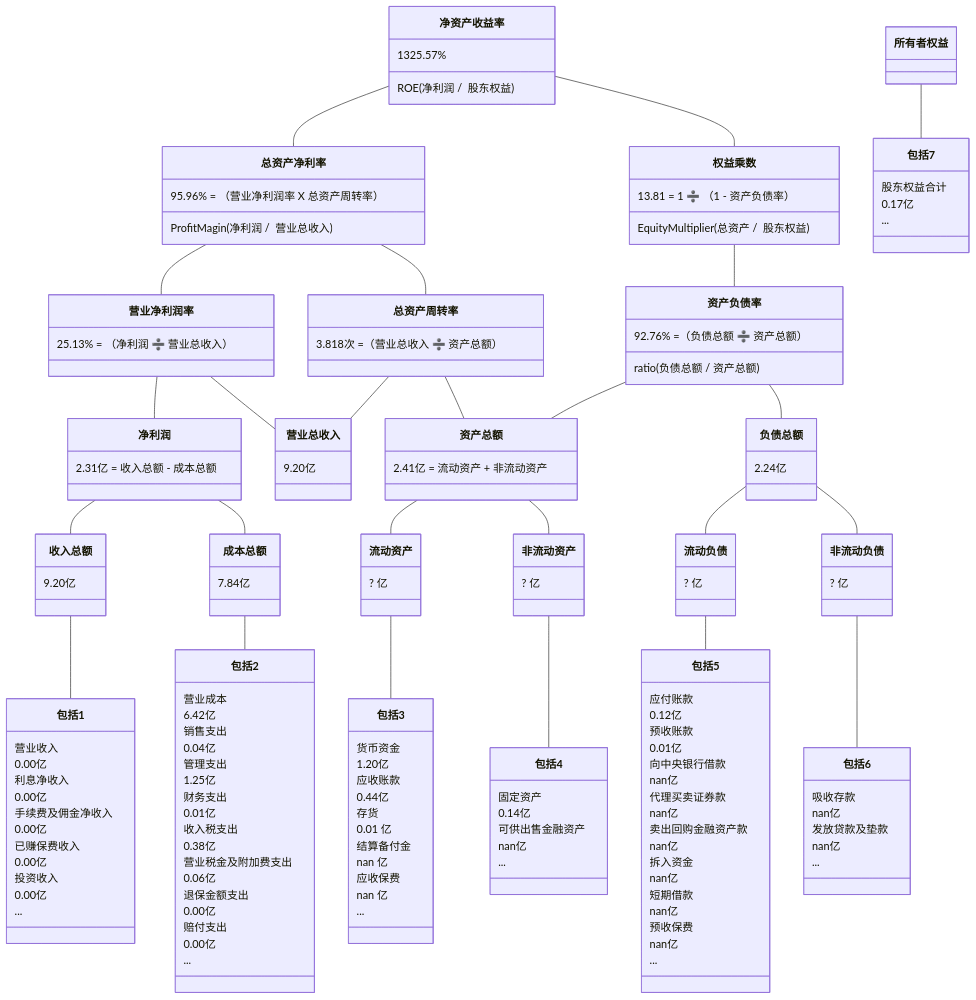
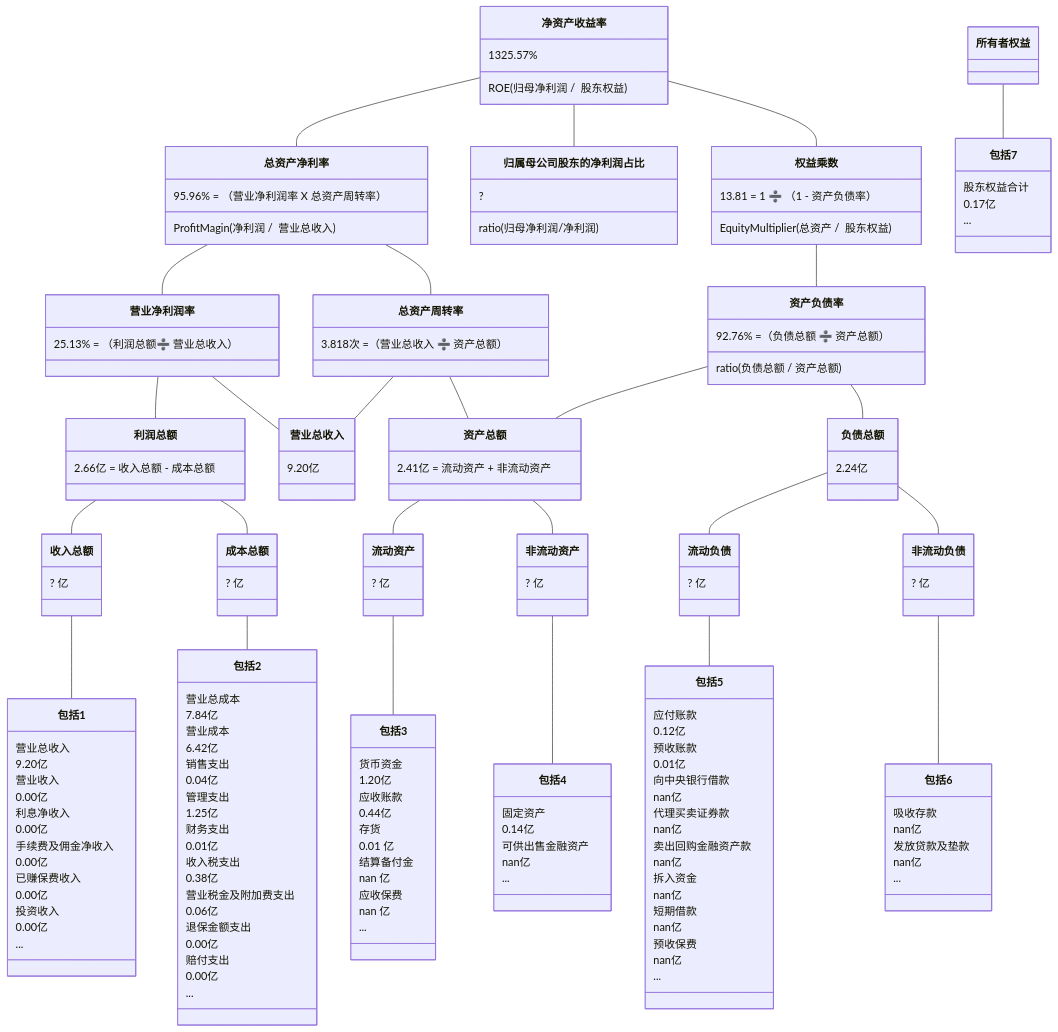
Before and after one commit to TheVeryDarkness/cs410: the first of 10 diagrams in 2/2.md, drawn with Mermaid. The commit also changed other lines of this file and 55 other files, not shown here.

```diff
--- a/2/2.md
+++ b/2/2.md
@@ -5,23 +5,26 @@
 classDiagram
 净资产收益率 -- 总资产净利率
     净资产收益率 : 1325.57%
-    净资产收益率 : ROE(净利润 /  股东权益)
+    净资产收益率 : ROE(归母净利润 /  股东权益)
     总资产净利率 : 95.96% = （营业净利润率 X 总资产周转率）
     总资产净利率 : ProfitMagin(净利润 /  营业总收入)
+净资产收益率 -- 归属母公司股东的净利润占比
+	归属母公司股东的净利润占比 : ?
+	归属母公司股东的净利润占比 : ratio(归母净利润/净利润)
 净资产收益率 -- 权益乘数
     权益乘数 : 13.81 = 1 ➗ （1 - 资产负债率）
     权益乘数 : EquityMultiplier(总资产 /  股东权益)
     
 总资产净利率 -- 营业净利润率
-    营业净利润率 : 25.13% = （净利润 ➗ 营业总收入）
+    营业净利润率 : 25.13% = （利润总额➗ 营业总收入）
 总资产净利率 -- 总资产周转率
     总资产周转率 : 3.818次 =（营业总收入 ➗ 资产总额）
 权益乘数 -- 资产负债率
     资产负债率  : 92.76% =（负债总额 ➗ 资产总额）
     资产负债率  : ratio(负债总额 / 资产总额)
 
-营业净利润率 -- 净利润
-    净利润 : 2.31亿 = 收入总额 - 成本总额
+营业净利润率 -- 利润总额
+   利润总额 : 2.66亿 = 收入总额 - 成本总额
 营业净利润率 -- 营业总收入
     营业总收入 : 9.20亿
 总资产周转率 -- 营业总收入
@@ -32,10 +35,10 @@
 资产负债率 -- 　资产总额
 
 
-净利润 -- 收入总额
-    收入总额 : 9.20亿
-净利润 -- 成本总额
-    成本总额 : 7.84亿
+利润总额 -- 收入总额
+    收入总额 : ? 亿
+利润总额 -- 成本总额
+    成本总额 : ? 亿
 资产总额 -- 流动资产
 	流动资产 : ? 亿
 资产总额 -- 非流动资产
@@ -46,6 +49,8 @@
 	非流动负债 : ? 亿
 
 收入总额 -- 包括1
+    包括1 : 营业总收入
+    包括1 : 9.20亿
     包括1 : 营业收入
     包括1 : 0.00亿
     包括1 : 利息净收入
@@ -58,6 +63,8 @@
     包括1 : 0.00亿
     包括1 : ...
 成本总额 -- 包括2
+    包括2 : 营业总成本
+    包括2 : 7.84亿
     包括2 : 营业成本
     包括2 : 6.42亿
     包括2 : 销售支出
```
